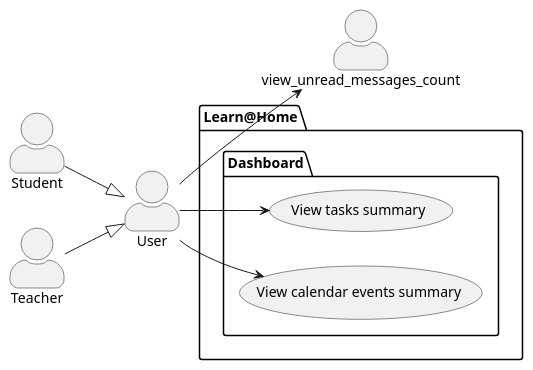
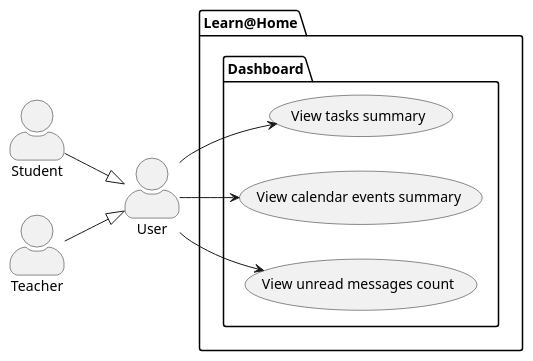
Before and after one commit to Zuruuh/dev4u: the diagram in diagrams/use_cases/dashboard.puml, drawn with PlantUML.

Commit message:
fix: add view_unread_messages_count usecase

```diff
--- a/diagrams/use_cases/dashboard.puml
+++ b/diagrams/use_cases/dashboard.puml
@@ -1,24 +1,25 @@
 @startuml Dashboard
 
 skinparam actorStyle awesome
 left to right direction
 
 actor "User" as user
 actor "Student" as student
 actor "Teacher" as teacher
 
 package Learn@Home {
     package Dashboard {
         usecase "View tasks summary" as view_tasks_summary
         usecase "View calendar events summary" as view_calendar_events_summary
+        usecase "View unread messages count" as view_unread_messages_count
     }
 }
 
 teacher --|> user
 student --|> user
 
 user --> view_tasks_summary
 user --> view_calendar_events_summary
 user --> view_unread_messages_count
 
 @enduml
```
